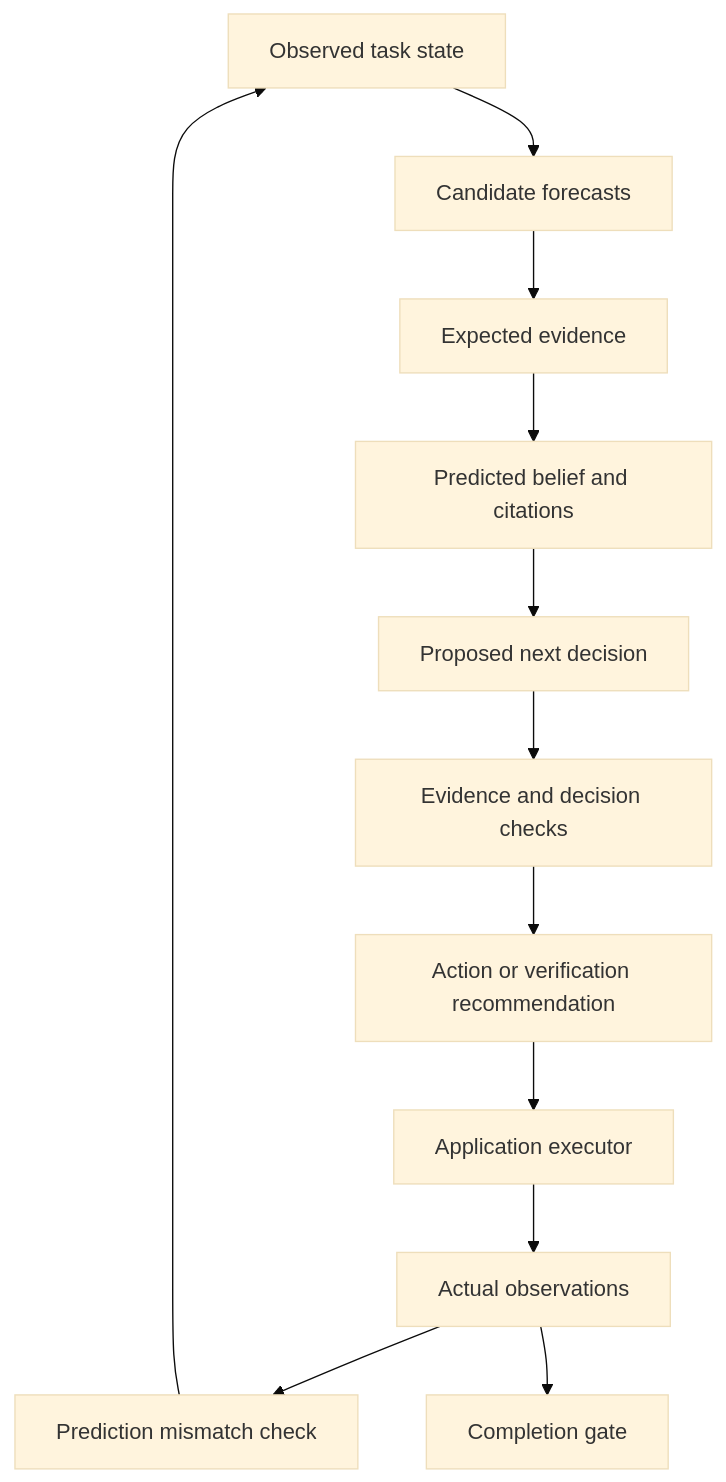
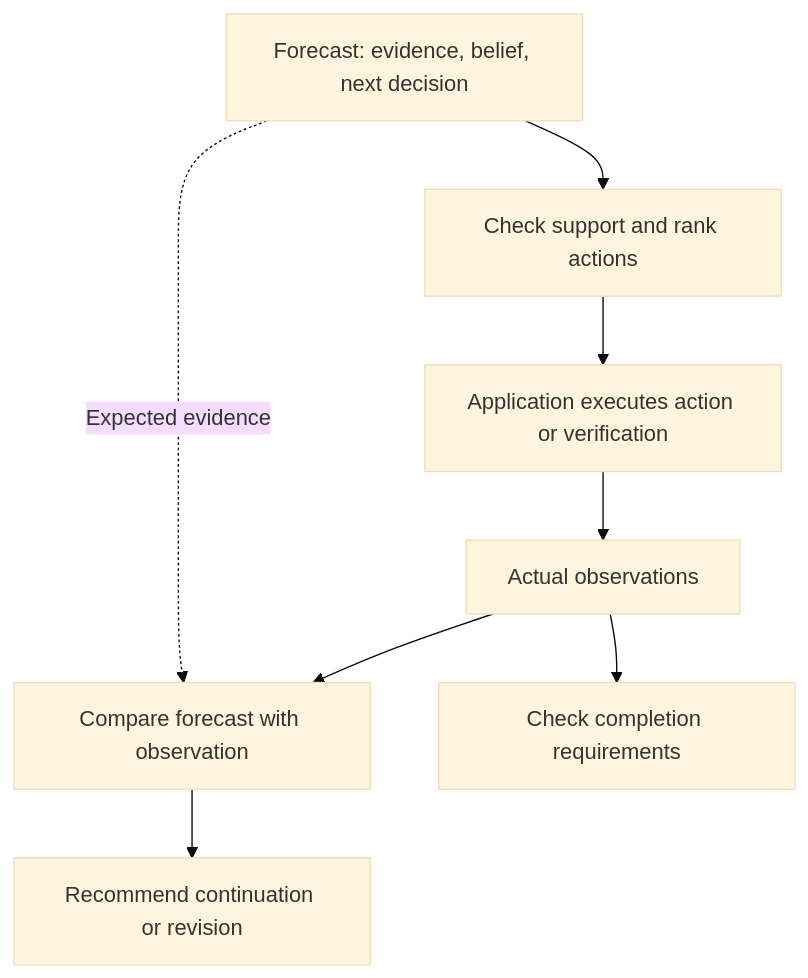
The diagram in README.md (metacognisum/The-Foresight-Agent), drawn with Mermaid (base theme) before and after one commit. The commit also changed other lines of this file and 1 other file, not shown here.

````diff
--- a/README.md
+++ b/README.md
@@ -83,14 +70,10 @@
 ```mermaid
 flowchart TD
-    S[Observed task state] --> P[Candidate forecasts]
-    P --> E[Expected evidence]
-    E --> B[Predicted belief and citations]
-    B --> D[Proposed next decision]
-    D --> C[Evidence and decision checks]
-    C --> I[Action or verification recommendation]
-    I --> X[Application executor]
-    X --> O[Actual observations]
-    O --> M[Prediction mismatch check]
-    M --> S
-    O --> G[Completion gate]
+    F[Forecast: evidence, belief, next decision] --> C[Check support and rank actions]
+    C --> A[Application executes action or verification]
+    A --> O[Actual observations]
+    F -. Expected evidence .-> M[Compare forecast with observation]
+    O --> M
+    M --> R[Recommend continuation or revision]
+    O --> G[Check completion requirements]
 ```
````
